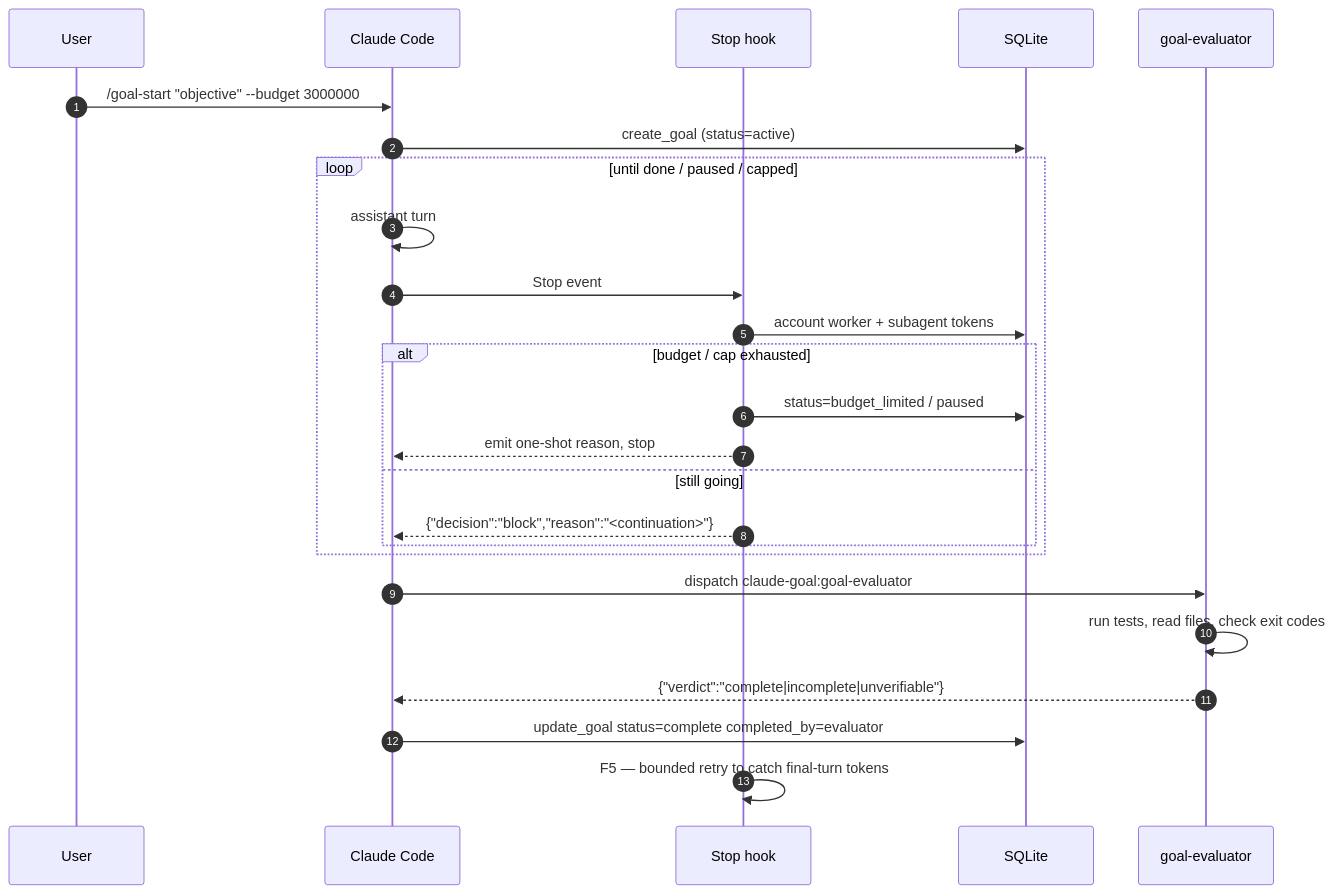
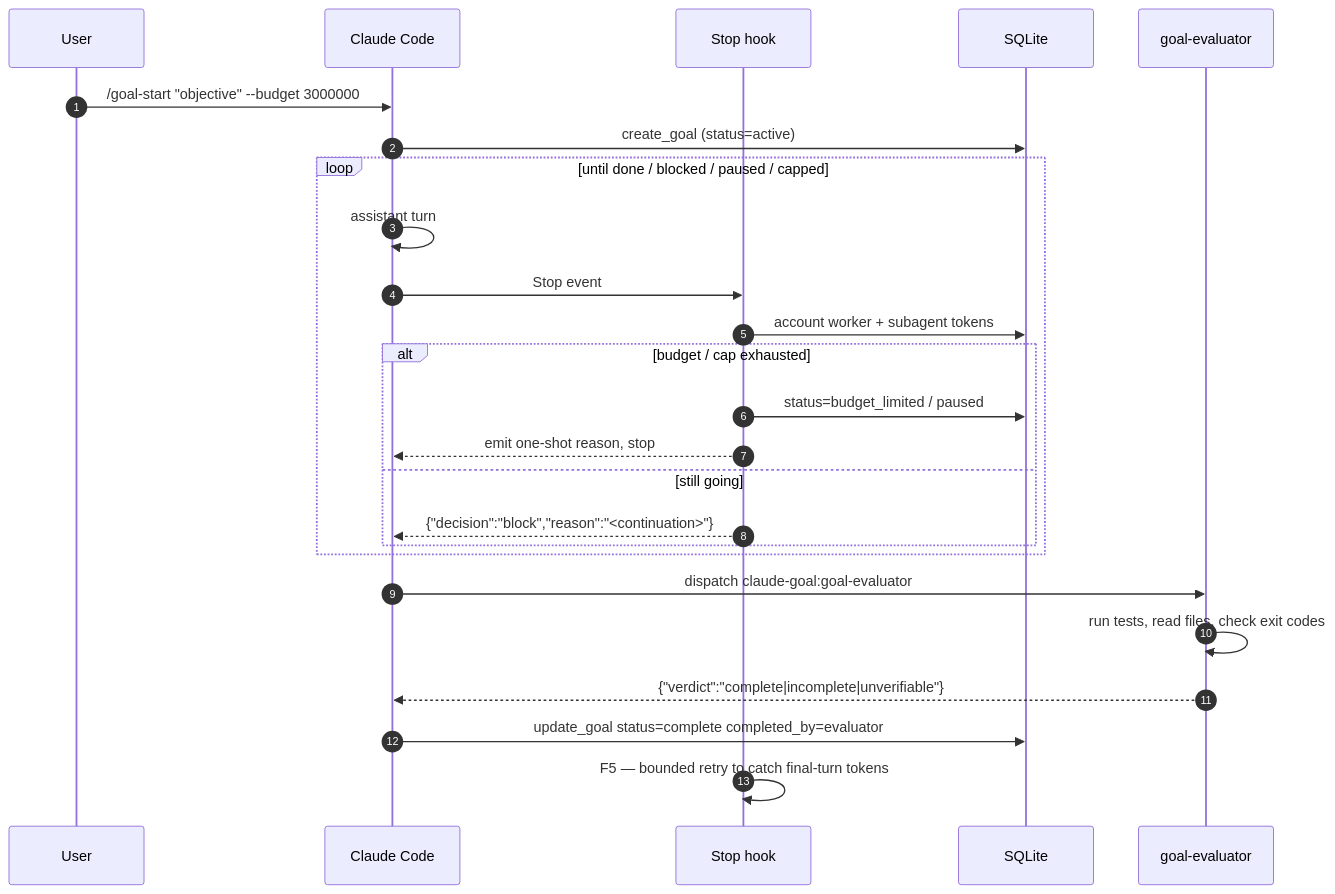
The diagram in docs/src/content/docs/concepts/how-it-works.md (nuko-nova-dynamics/claude-goal), drawn with Mermaid before and after one commit. The commit also changed other lines of this file and 27 other files, not shown here.

````diff
--- a/docs/src/content/docs/concepts/how-it-works.md
+++ b/docs/src/content/docs/concepts/how-it-works.md
@@ -12,28 +12,28 @@
 ```mermaid
 sequenceDiagram
     autonumber
     participant U as User
     participant CC as Claude Code
     participant H as Stop hook
     participant DB as SQLite
     participant E as goal-evaluator
 
     U->>CC: /goal-start "objective" --budget 3000000
     CC->>DB: create_goal (status=active)
-    loop until done / paused / capped
+    loop until done / blocked / paused / capped
         CC->>CC: assistant turn
         CC->>H: Stop event
         H->>DB: account worker + subagent tokens
         alt budget / cap exhausted
             H->>DB: status=budget_limited / paused
             H-->>CC: emit one-shot reason, stop
         else still going
             H-->>CC: {"decision":"block","reason":"<continuation>"}
         end
     end
     CC->>E: dispatch claude-goal:goal-evaluator
     E->>E: run tests, read files, check exit codes
     E-->>CC: {"verdict":"complete|incomplete|unverifiable"}
     CC->>DB: update_goal status=complete completed_by=evaluator
     H->>H: F5 — bounded retry to catch final-turn tokens
 ```
````
